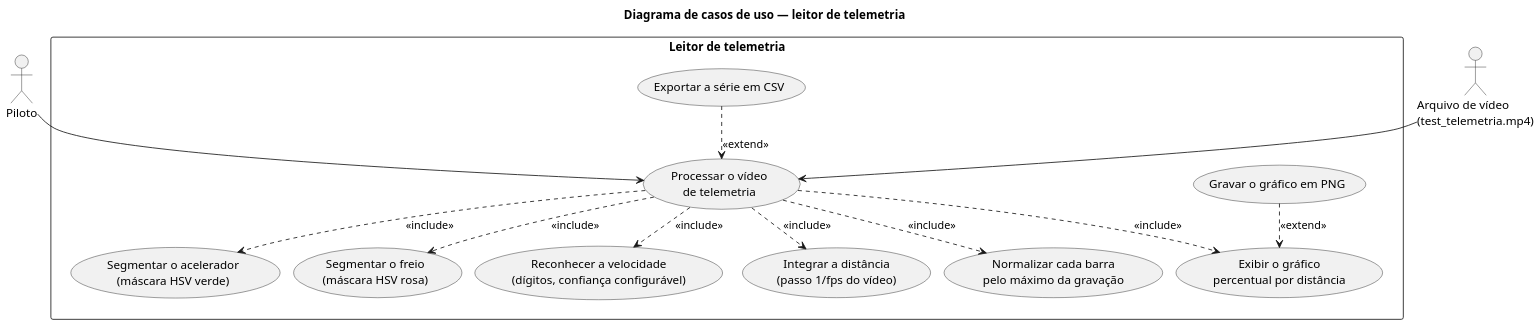
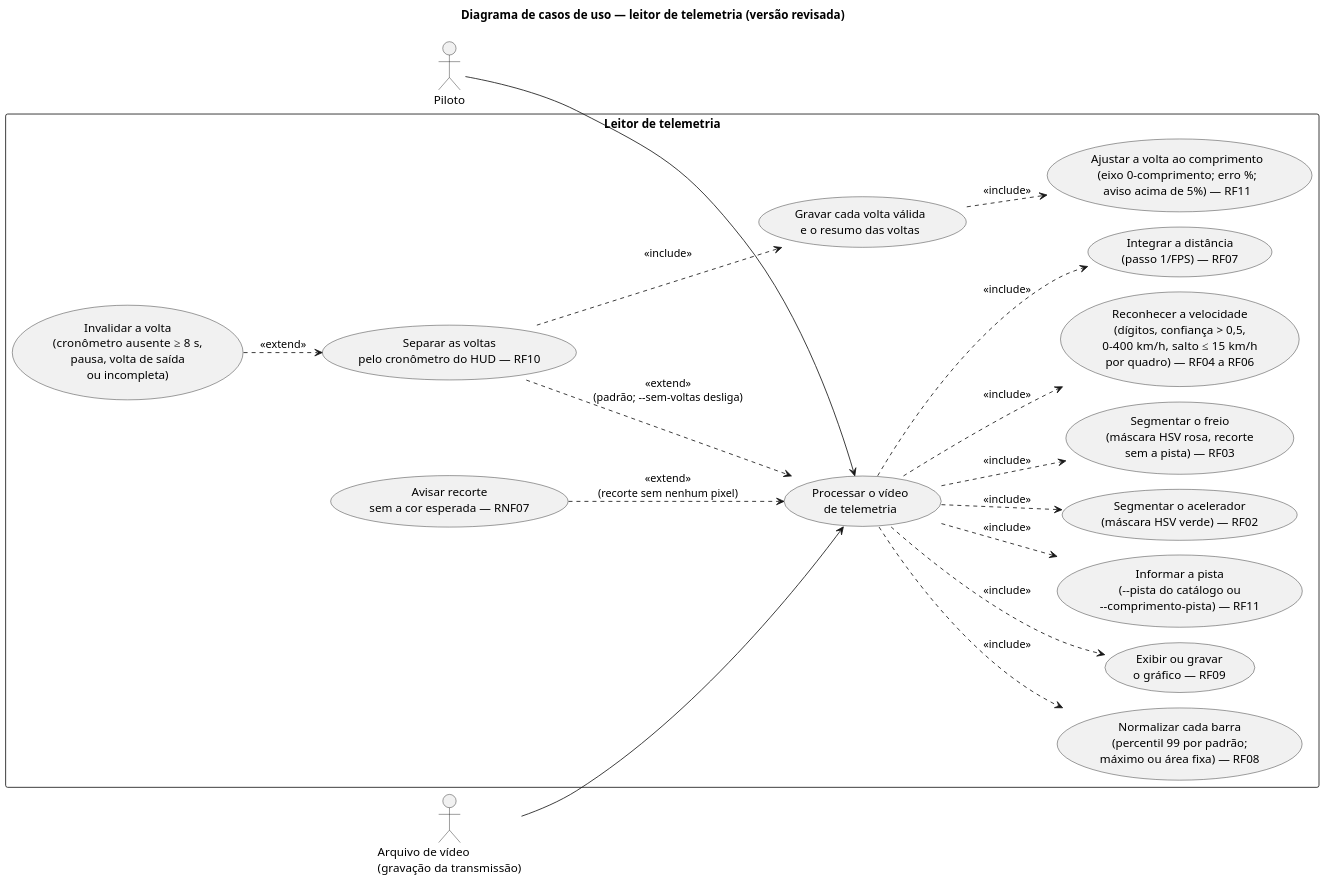
Before and after one commit to Matheus-Hen/telemetria_cloud: the diagram in docs/diagramas/diagrama-casos-de-uso.puml, drawn with PlantUML. The commit also changed 12 other files, not shown here.

First line of the commit message:
Exige a pista e fixa o eixo de distância no comprimento oficial

```diff
--- a/docs/diagramas/diagrama-casos-de-uso.puml
+++ b/docs/diagramas/diagrama-casos-de-uso.puml
@@ -1,43 +1,45 @@
 @startuml diagrama-casos-de-uso
-top to bottom direction
+!pragma layout smetana
+left to right direction
 skinparam shadowing false
 skinparam dpi 140
 skinparam backgroundColor white
 skinparam packageStyle rectangle
-skinparam nodesep 16
-skinparam ranksep 18
 
-title Diagrama de casos de uso — leitor de telemetria
+title Diagrama de casos de uso — leitor de telemetria (versão revisada)
 
 actor "Piloto" as piloto
-actor "Arquivo de vídeo\n(test_telemetria.mp4)" as video
+actor "Arquivo de vídeo\n(gravação da transmissão)" as video
 
 rectangle "Leitor de telemetria" {
   usecase "Processar o vídeo\nde telemetria" as UC1
-  together {
-    usecase "Segmentar o acelerador\n(máscara HSV verde)" as UC2
-    usecase "Segmentar o freio\n(máscara HSV rosa)" as UC3
-    usecase "Reconhecer a velocidade\n(dígitos, confiança configurável)" as UC4
-  }
-  together {
-    usecase "Integrar a distância\n(passo 1/fps do vídeo)" as UC5
-    usecase "Normalizar cada barra\npelo máximo da gravação" as UC6
-    usecase "Exibir o gráfico\npercentual por distância" as UC7
-  }
-  usecase "Gravar o gráfico em PNG" as UC8
-  usecase "Exportar a série em CSV" as UC9
+  usecase "Segmentar o acelerador\n(máscara HSV verde) — RF02" as UC2
+  usecase "Segmentar o freio\n(máscara HSV rosa, recorte\nsem a pista) — RF03" as UC3
+  usecase "Reconhecer a velocidade\n(dígitos, confiança > 0,5,\n0–400 km/h, salto ≤ 15 km/h\npor quadro) — RF04 a RF06" as UC4
+  usecase "Integrar a distância\n(passo 1/FPS) — RF07" as UC5
+  usecase "Normalizar cada barra\n(percentil 99 por padrão;\nmáximo ou área fixa) — RF08" as UC6
+  usecase "Exibir ou gravar\no gráfico — RF09" as UC7
+  usecase "Separar as voltas\npelo cronômetro do HUD — RF10" as UC8
+  usecase "Gravar cada volta válida\ne o resumo das voltas" as UC9
+  usecase "Invalidar a volta\n(cronômetro ausente ≥ 8 s,\npausa, volta de saída\nou incompleta)" as UC10
+  usecase "Avisar recorte\nsem a cor esperada — RNF07" as UC11
+  usecase "Informar a pista\n(--pista do catálogo ou\n--comprimento-pista) — RF11" as UC12
+  usecase "Ajustar a volta ao comprimento\n(eixo 0–comprimento; erro %;\naviso acima de 5%) — RF11" as UC13
 }
 
 piloto --> UC1
 video --> UC1
 
-' A seta parte do caso de uso base e chega no caso incluído.
 UC1 ..> UC2 : <<include>>
 UC1 ..> UC3 : <<include>>
 UC1 ..> UC4 : <<include>>
 UC1 ..> UC5 : <<include>>
 UC1 ..> UC6 : <<include>>
 UC1 ..> UC7 : <<include>>
-UC8 ..> UC7 : <<extend>>
-UC9 ..> UC1 : <<extend>>
+UC1 ..> UC12 : <<include>>
+UC9 ..> UC13 : <<include>>
+UC8 ..> UC1 : <<extend>>\n(padrão; --sem-voltas desliga)
+UC8 ..> UC9 : <<include>>
+UC10 ..> UC8 : <<extend>>
+UC11 ..> UC1 : <<extend>>\n(recorte sem nenhum pixel)
 @enduml
```
